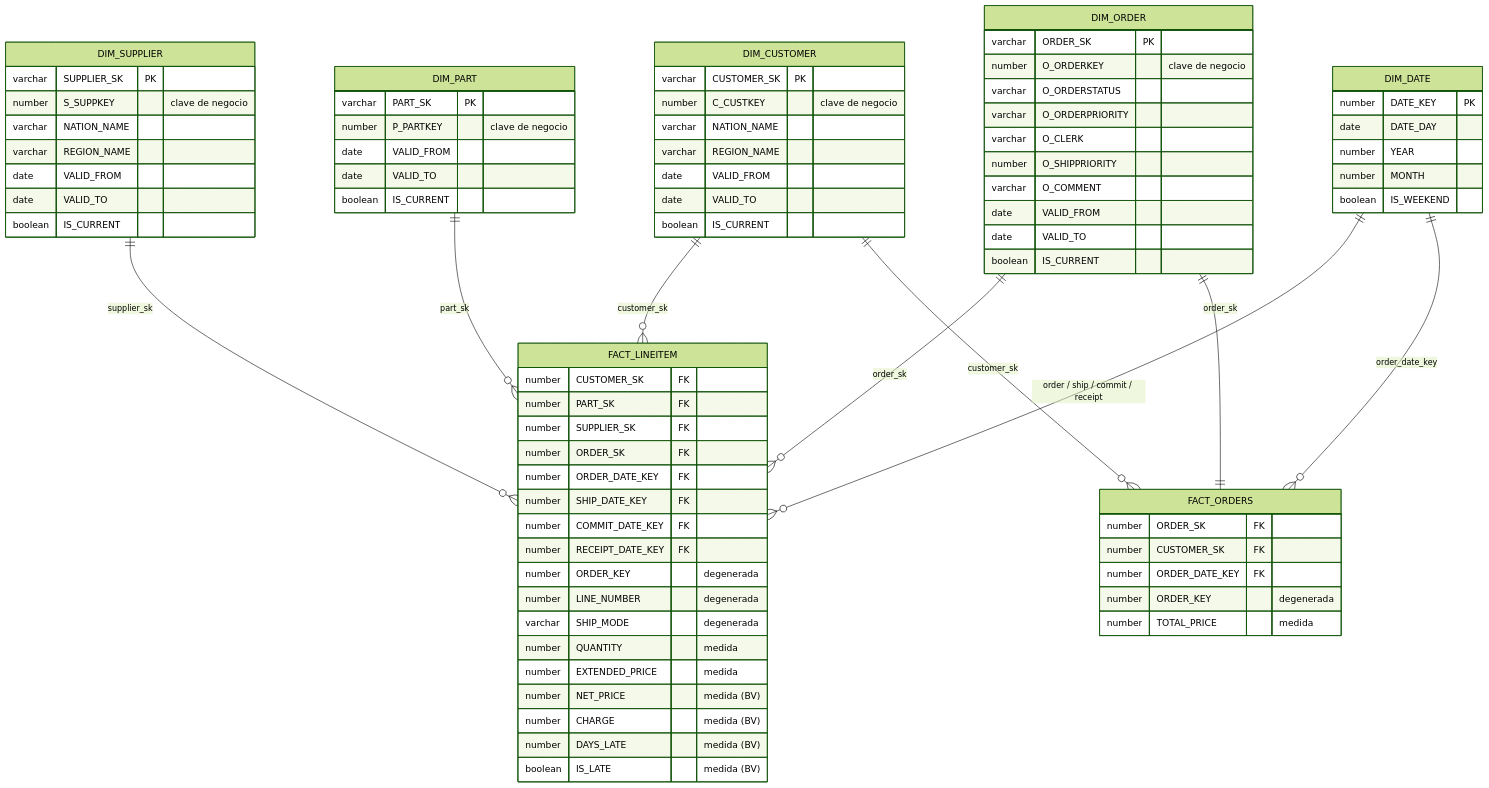
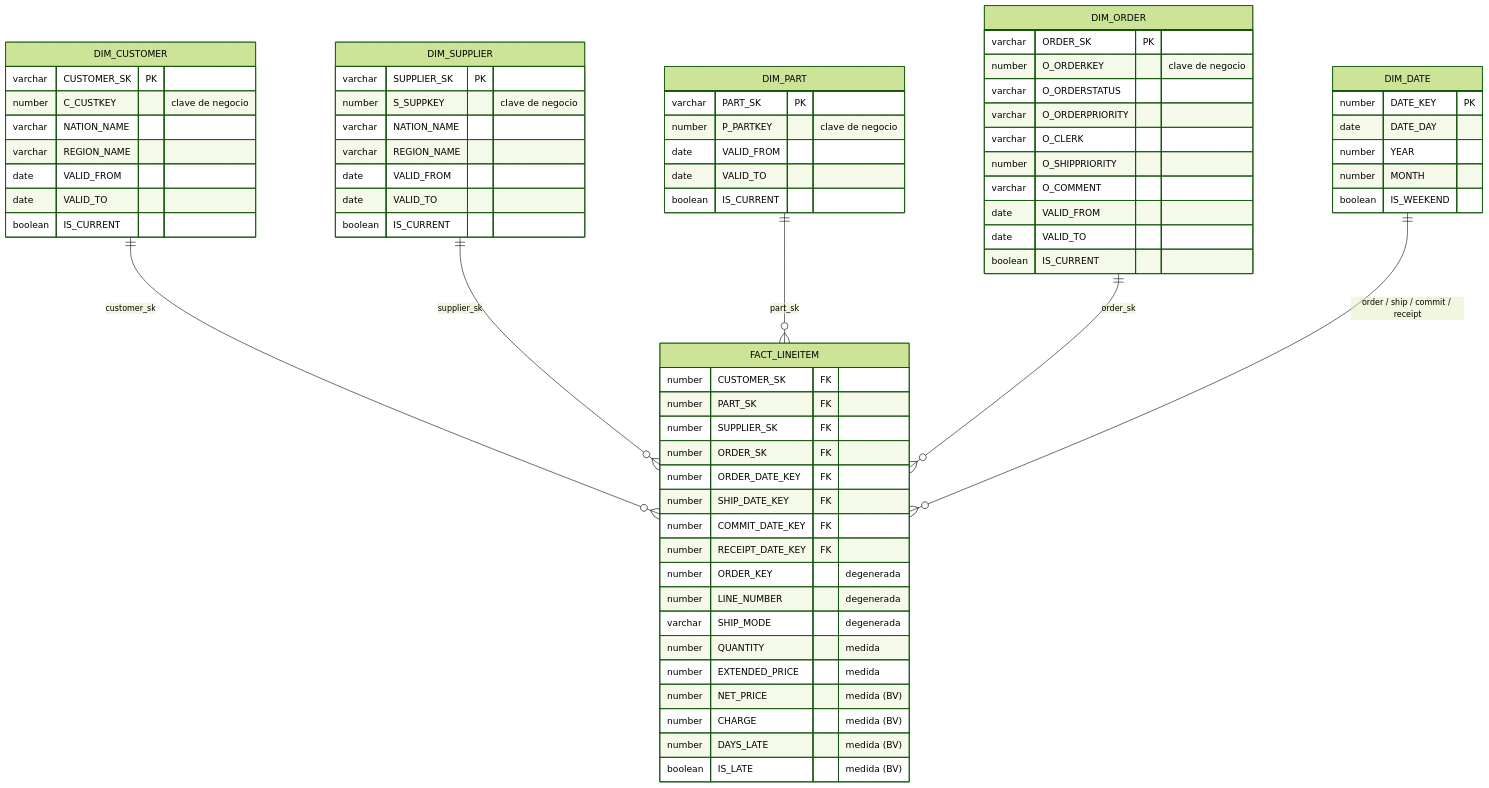
Before and after one commit to KarimAdam10/snowflake_vault: the diagram in docs/business_vault_y_mart.md, drawn with Mermaid (forest theme). The commit also changed other lines of this file and 13 other files, not shown here.

````diff
--- a/docs/business_vault_y_mart.md
+++ b/docs/business_vault_y_mart.md
@@ -29,82 +29,72 @@
 ```mermaid
 erDiagram
     DIM_CUSTOMER ||--o{ FACT_LINEITEM : customer_sk
     DIM_SUPPLIER ||--o{ FACT_LINEITEM : supplier_sk
     DIM_PART     ||--o{ FACT_LINEITEM : part_sk
     DIM_ORDER    ||--o{ FACT_LINEITEM : order_sk
     DIM_DATE     ||--o{ FACT_LINEITEM : "order / ship / commit / receipt"
-    DIM_ORDER    ||--|| FACT_ORDERS : order_sk
-    DIM_CUSTOMER ||--o{ FACT_ORDERS : customer_sk
-    DIM_DATE     ||--o{ FACT_ORDERS : order_date_key
 
     FACT_LINEITEM {
         number CUSTOMER_SK FK
         number PART_SK FK
         number SUPPLIER_SK FK
         number ORDER_SK FK
         number ORDER_DATE_KEY FK
         number SHIP_DATE_KEY FK
         number COMMIT_DATE_KEY FK
         number RECEIPT_DATE_KEY FK
         number ORDER_KEY "degenerada"
         number LINE_NUMBER "degenerada"
         varchar SHIP_MODE "degenerada"
         number QUANTITY "medida"
         number EXTENDED_PRICE "medida"
         number NET_PRICE "medida (BV)"
         number CHARGE "medida (BV)"
         number DAYS_LATE "medida (BV)"
         boolean IS_LATE "medida (BV)"
-    }
-    FACT_ORDERS {
-        number ORDER_SK FK
-        number CUSTOMER_SK FK
-        number ORDER_DATE_KEY FK
-        number ORDER_KEY "degenerada"
-        number TOTAL_PRICE "medida"
     }
     DIM_ORDER {
         varchar ORDER_SK PK
         number O_ORDERKEY "clave de negocio"
         varchar O_ORDERSTATUS
         varchar O_ORDERPRIORITY
         varchar O_CLERK
         number O_SHIPPRIORITY
         varchar O_COMMENT
         date VALID_FROM
         date VALID_TO
         boolean IS_CURRENT
     }
     DIM_CUSTOMER {
         varchar CUSTOMER_SK PK
         number C_CUSTKEY "clave de negocio"
         varchar NATION_NAME
         varchar REGION_NAME
         date VALID_FROM
         date VALID_TO
         boolean IS_CURRENT
     }
     DIM_SUPPLIER {
         varchar SUPPLIER_SK PK
         number S_SUPPKEY "clave de negocio"
         varchar NATION_NAME
         varchar REGION_NAME
         date VALID_FROM
         date VALID_TO
         boolean IS_CURRENT
     }
     DIM_PART {
         varchar PART_SK PK
         number P_PARTKEY "clave de negocio"
         date VALID_FROM
         date VALID_TO
         boolean IS_CURRENT
     }
     DIM_DATE {
         number DATE_KEY PK
         date DATE_DAY
         number YEAR
         number MONTH
         boolean IS_WEEKEND
     }
 ```
````
